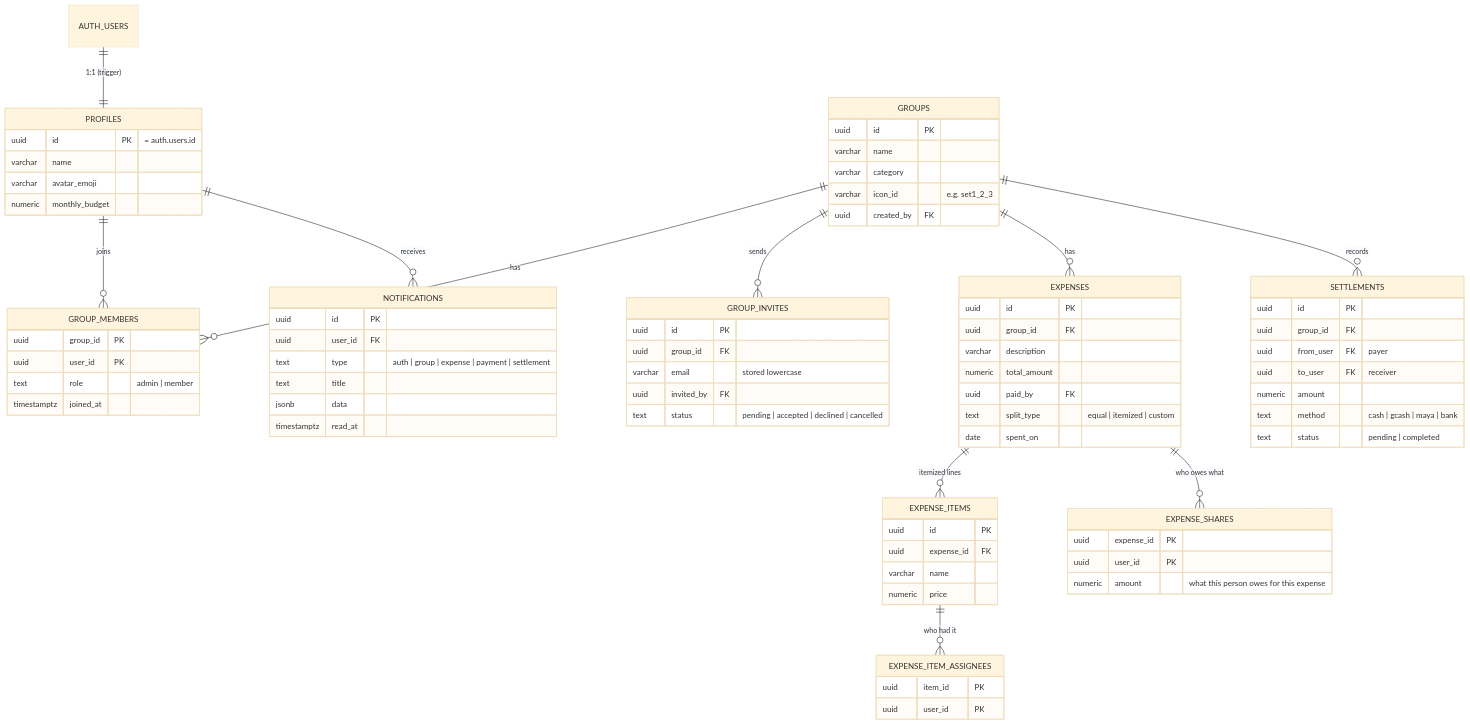
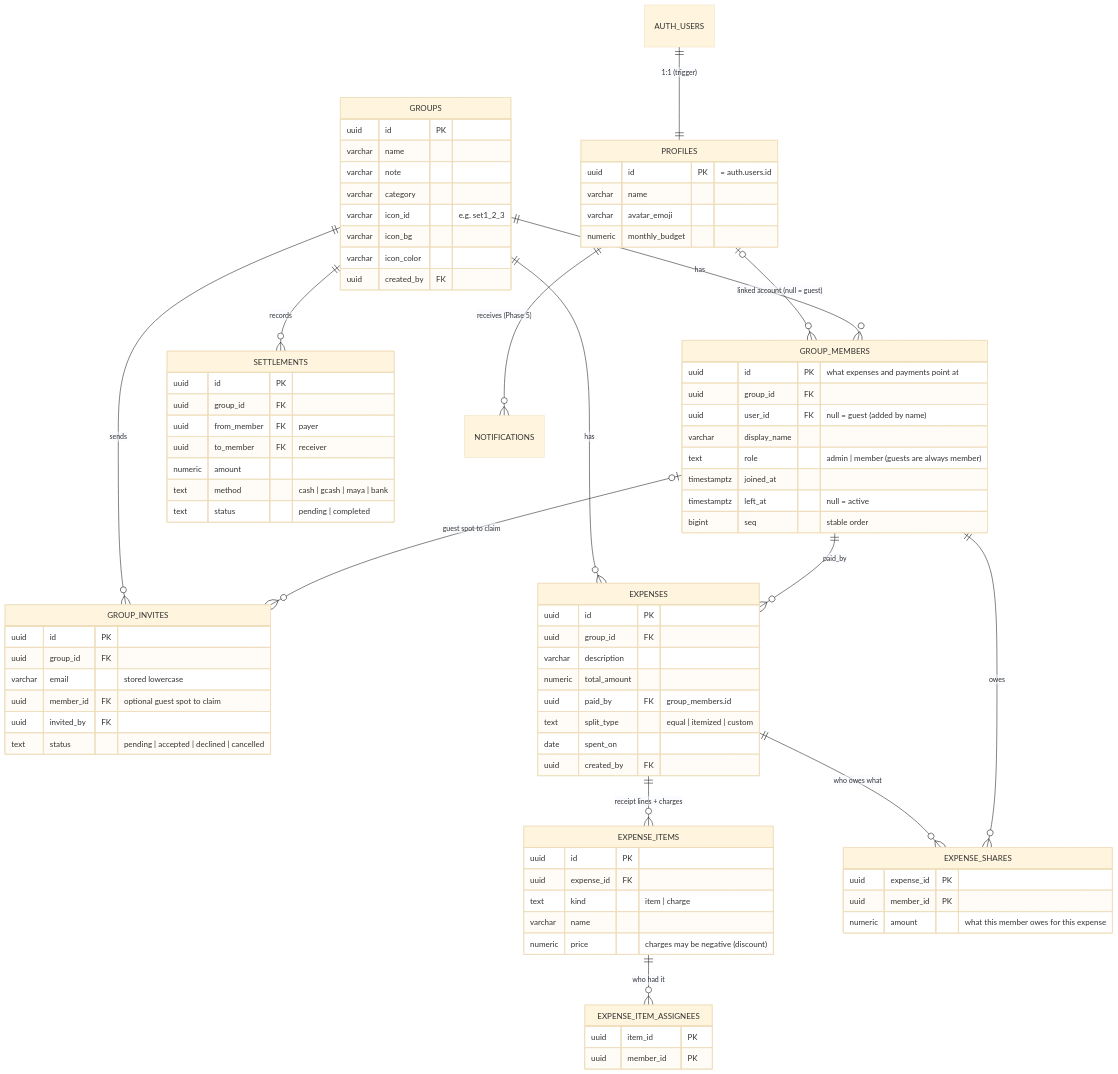
Before and after one commit to francoiseee/gastosaurus: the third of 3 diagrams in docs/ARCHITECTURE.md, drawn with Mermaid (base theme). The commit also changed other lines of this file and 34 other files, not shown here.

````diff
--- a/docs/ARCHITECTURE.md
+++ b/docs/ARCHITECTURE.md
@@ -157,15 +164,18 @@
 ```mermaid
 erDiagram
   AUTH_USERS ||--|| PROFILES : "1:1 (trigger)"
-  PROFILES ||--o{ GROUP_MEMBERS : joins
+  PROFILES |o--o{ GROUP_MEMBERS : "linked account (null = guest)"
   GROUPS ||--o{ GROUP_MEMBERS : has
   GROUPS ||--o{ GROUP_INVITES : sends
+  GROUP_MEMBERS |o--o{ GROUP_INVITES : "guest spot to claim"
   GROUPS ||--o{ EXPENSES : has
-  EXPENSES ||--o{ EXPENSE_ITEMS : "itemized lines"
+  GROUP_MEMBERS ||--o{ EXPENSES : "paid_by"
+  EXPENSES ||--o{ EXPENSE_ITEMS : "receipt lines + charges"
   EXPENSE_ITEMS ||--o{ EXPENSE_ITEM_ASSIGNEES : "who had it"
   EXPENSES ||--o{ EXPENSE_SHARES : "who owes what"
+  GROUP_MEMBERS ||--o{ EXPENSE_SHARES : owes
   GROUPS ||--o{ SETTLEMENTS : records
-  PROFILES ||--o{ NOTIFICATIONS : receives
+  PROFILES ||--o{ NOTIFICATIONS : "receives (Phase 5)"
 
   PROFILES {
     uuid id PK "= auth.users.id"
@@ -176,20 +186,28 @@
   GROUPS {
     uuid id PK
     varchar name
+    varchar note
     varchar category
     varchar icon_id "e.g. set1_2_3"
+    varchar icon_bg
+    varchar icon_color
     uuid created_by FK
   }
   GROUP_MEMBERS {
-    uuid group_id PK
-    uuid user_id PK
-    text role "admin | member"
+    uuid id PK "what expenses and payments point at"
+    uuid group_id FK
+    uuid user_id FK "null = guest (added by name)"
+    varchar display_name
+    text role "admin | member (guests are always member)"
     timestamptz joined_at
+    timestamptz left_at "null = active"
+    bigint seq "stable order"
   }
   GROUP_INVITES {
     uuid id PK
     uuid group_id FK
     varchar email "stored lowercase"
+    uuid member_id FK "optional guest spot to claim"
     uuid invited_by FK
     text status "pending | accepted | declined | cancelled"
   }
@@ -198,40 +216,34 @@
     uuid group_id FK
     varchar description
     numeric total_amount
-    uuid paid_by FK
+    uuid paid_by FK "group_members.id"
     text split_type "equal | itemized | custom"
     date spent_on
+    uuid created_by FK
   }
   EXPENSE_ITEMS {
     uuid id PK
     uuid expense_id FK
+    text kind "item | charge"
     varchar name
-    numeric price
+    numeric price "charges may be negative (discount)"
   }
   EXPENSE_ITEM_ASSIGNEES {
     uuid item_id PK
-    uuid user_id PK
+    uuid member_id PK
   }
   EXPENSE_SHARES {
     uuid expense_id PK
-    uuid user_id PK
-    numeric amount "what this person owes for this expense"
+    uuid member_id PK
+    numeric amount "what this member owes for this expense"
   }
   SETTLEMENTS {
     uuid id PK
     uuid group_id FK
-    uuid from_user FK "payer"
-    uuid to_user FK "receiver"
+    uuid from_member FK "payer"
+    uuid to_member FK "receiver"
     numeric amount
     text method "cash | gcash | maya | bank"
     text status "pending | completed"
   }
-  NOTIFICATIONS {
-    uuid id PK
-    uuid user_id FK
-    text type "auth | group | expense | payment | settlement"
-    text title
-    jsonb data
-    timestamptz read_at
-  }
 ```
````
